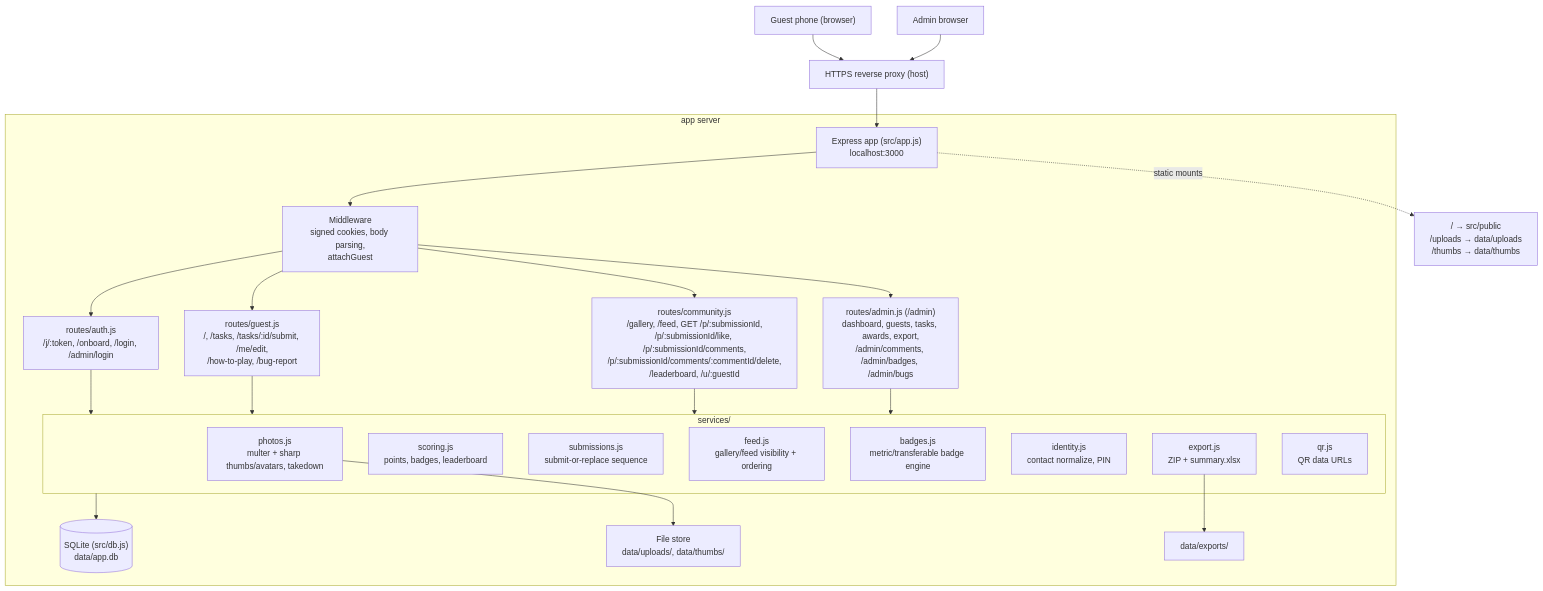
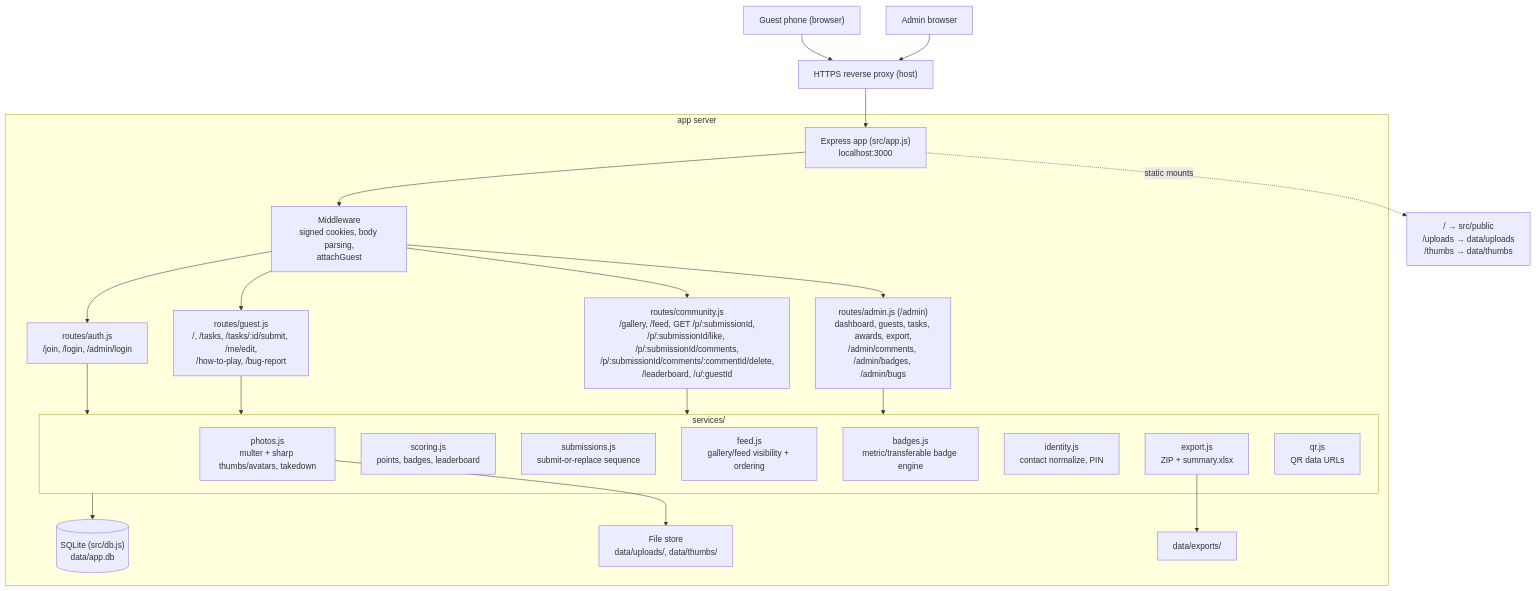
Before and after one commit to TrevorHumble/TaskMasterWedding: the first of 2 diagrams in docs/architecture.md, drawn with Mermaid. The commit also changed other lines of this file and 76 other files, not shown here.

````diff
--- a/docs/architecture.md
+++ b/docs/architecture.md
@@ -9,37 +9,37 @@
 ```mermaid
 flowchart TD
     phone["Guest phone (browser)"] --> proxy
     admin["Admin browser"] --> proxy
     proxy["HTTPS reverse proxy (host)"] --> express
 
     subgraph server["app server"]
         express["Express app (src/app.js)<br/>localhost:3000"]
         express --> mw["Middleware<br/>signed cookies, body parsing,<br/>attachGuest"]
-        mw --> auth["routes/auth.js<br/>/j/:token, /onboard, /login, /admin/login"]
+        mw --> auth["routes/auth.js<br/>/join, /login, /admin/login"]
         mw --> guest["routes/guest.js<br/>/, /tasks, /tasks/:id/submit, /me/edit,<br/>/how-to-play, /bug-report"]
         mw --> community["routes/community.js<br/>/gallery, /feed, GET /p/:submissionId,<br/>/p/:submissionId/like, /p/:submissionId/comments,<br/>/p/:submissionId/comments/:commentId/delete,<br/>/leaderboard, /u/:guestId"]
         mw --> adminr["routes/admin.js (/admin)<br/>dashboard, guests, tasks, awards, export,<br/>/admin/comments, /admin/badges, /admin/bugs"]
 
         auth --> svc
         guest --> svc
         community --> svc
         adminr --> svc
 
         subgraph svc["services/"]
             photos["photos.js<br/>multer + sharp thumbs/avatars, takedown"]
             scoring["scoring.js<br/>points, badges, leaderboard"]
             submissions["submissions.js<br/>submit-or-replace sequence"]
             feed["feed.js<br/>gallery/feed visibility + ordering"]
             badges["badges.js<br/>metric/transferable badge engine"]
             identity["identity.js<br/>contact normalize, PIN"]
             export["export.js<br/>ZIP + summary.xlsx"]
             qr["qr.js<br/>QR data URLs"]
         end
 
         svc --> db[("SQLite (src/db.js)<br/>data/app.db")]
         photos --> files["File store<br/>data/uploads/, data/thumbs/"]
         export --> exports["data/exports/"]
     end
 
     express -. "static mounts" .-> static["/ → src/public<br/>/uploads → data/uploads<br/>/thumbs → data/thumbs"]
 ```
````
